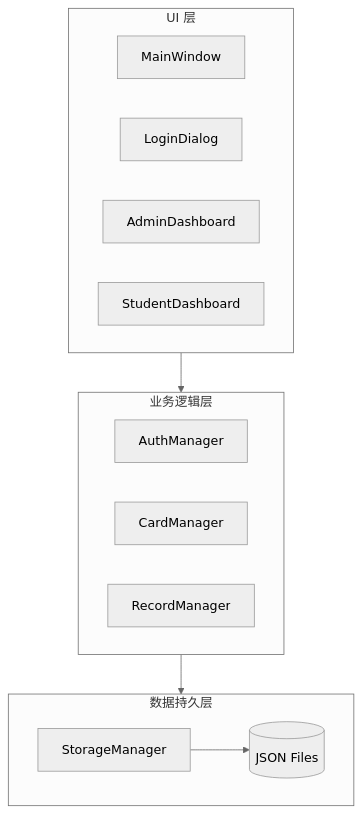
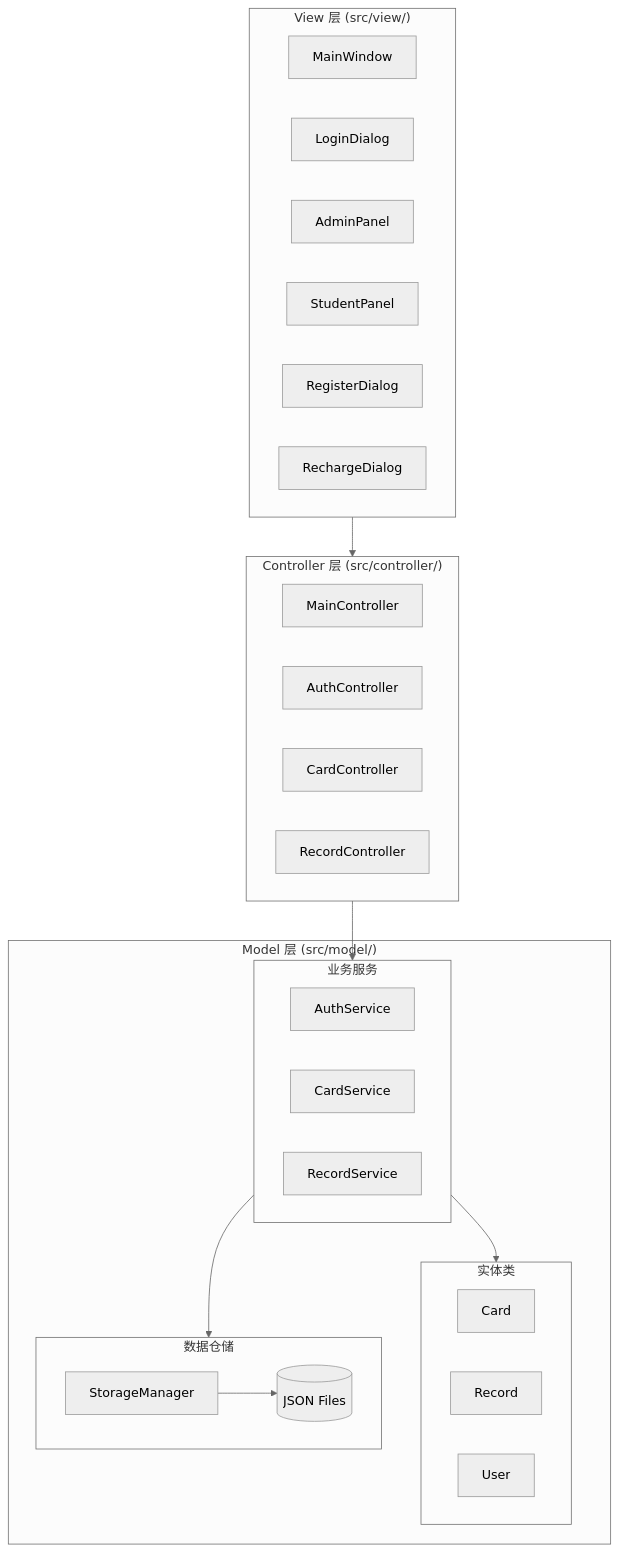
The first of 4 diagrams in docs/architecture/overview.md (AstroAir/software-design), drawn with Mermaid (neutral theme) before and after one commit. The commit also changed other lines of this file and 6 other files, not shown here.

Commit message:
Update documentation to reflect MVC architecture refactoring, rename managers to services/controllers, and reorganize API reference structure

````diff
--- a/docs/architecture/overview.md
+++ b/docs/architecture/overview.md
@@ -9,24 +9,41 @@
 ```mermaid
 graph TB
-    subgraph UI["UI 层"]
+    subgraph View["View 层 (src/view/)"]
         MW[MainWindow]
         LD[LoginDialog]
-        AD[AdminDashboard]
-        SD[StudentDashboard]
+        AP[AdminPanel]
+        SP[StudentPanel]
+        RD[RegisterDialog]
+        ReD[RechargeDialog]
     end
 
-    subgraph BL["业务逻辑层"]
-        AM[AuthManager]
-        CM[CardManager]
-        RM[RecordManager]
+    subgraph Controller["Controller 层 (src/controller/)"]
+        MC[MainController]
+        AC[AuthController]
+        CC[CardController]
+        RC[RecordController]
     end
 
-    subgraph DA["数据持久层"]
-        SM[StorageManager]
-        JSON[(JSON Files)]
+    subgraph Model["Model 层 (src/model/)"]
+        subgraph Services["业务服务"]
+            AS[AuthService]
+            CS[CardService]
+            RS[RecordService]
+        end
+        subgraph Entities["实体类"]
+            Card[Card]
+            Record[Record]
+            User[User]
+        end
+        subgraph Repositories["数据仓储"]
+            SM[StorageManager]
+            JSON[(JSON Files)]
+        end
     end
 
-    UI --> BL
-    BL --> DA
+    View --> Controller
+    Controller --> Services
+    Services --> Entities
+    Services --> Repositories
     SM --> JSON
 ```
````
